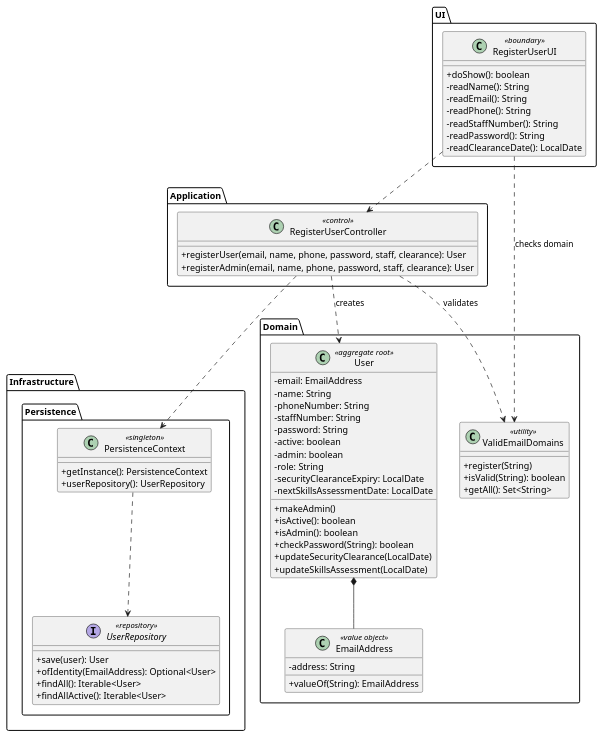
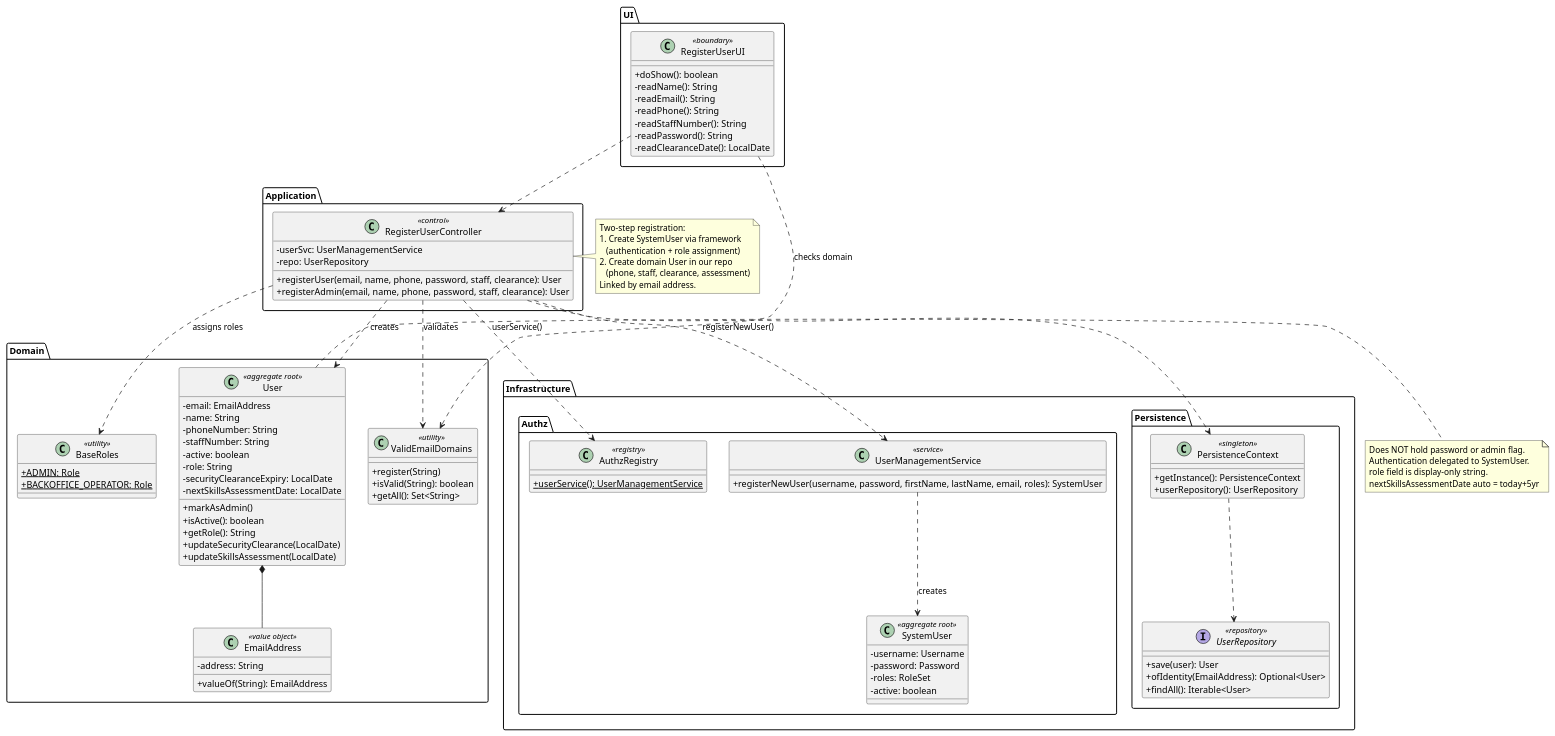
The diagram in docs/Sprint 2/EAPLI/US031/puml/US031-class-diagram.puml (DuartePinto1240/sem4pi2526-sem4pi2526_2da2), drawn with PlantUML before and after one commit. The commit also changed 16 other files, not shown here.

```diff
--- a/docs/Sprint 2/EAPLI/US031/puml/US031-class-diagram.puml
+++ b/docs/Sprint 2/EAPLI/US031/puml/US031-class-diagram.puml
@@ -1,73 +1,110 @@
 @startuml
 skinparam classAttributeIconSize 0
 
 package "UI" {
   class RegisterUserUI <<boundary>> {
     +doShow(): boolean
     -readName(): String
     -readEmail(): String
     -readPhone(): String
     -readStaffNumber(): String
     -readPassword(): String
     -readClearanceDate(): LocalDate
   }
 }
 
 package "Application" {
   class RegisterUserController <<control>> {
+    -userSvc: UserManagementService
+    -repo: UserRepository
     +registerUser(email, name, phone, password, staff, clearance): User
     +registerAdmin(email, name, phone, password, staff, clearance): User
+  }
+}
+
+package "Infrastructure.Authz" {
+  class AuthzRegistry <<registry>> {
+    {static} +userService(): UserManagementService
+  }
+  class UserManagementService <<service>> {
+    +registerNewUser(username, password, firstName, lastName, email, roles): SystemUser
+  }
+  class SystemUser <<aggregate root>> {
+    -username: Username
+    -password: Password
+    -roles: RoleSet
+    -active: boolean
   }
 }
 
 package "Domain" {
   class User <<aggregate root>> {
     -email: EmailAddress
     -name: String
     -phoneNumber: String
     -staffNumber: String
-    -password: String
     -active: boolean
-    -admin: boolean
     -role: String
     -securityClearanceExpiry: LocalDate
     -nextSkillsAssessmentDate: LocalDate
-    +makeAdmin()
+    +markAsAdmin()
     +isActive(): boolean
-    +isAdmin(): boolean
-    +checkPassword(String): boolean
+    +getRole(): String
     +updateSecurityClearance(LocalDate)
     +updateSkillsAssessment(LocalDate)
   }
   class EmailAddress <<value object>> {
     -address: String
     +valueOf(String): EmailAddress
   }
   class ValidEmailDomains <<utility>> {
     +register(String)
     +isValid(String): boolean
     +getAll(): Set<String>
   }
+  class BaseRoles <<utility>> {
+    {static} +ADMIN: Role
+    {static} +BACKOFFICE_OPERATOR: Role
+  }
 }
 
 package "Infrastructure.Persistence" {
   class PersistenceContext <<singleton>> {
     +getInstance(): PersistenceContext
     +userRepository(): UserRepository
   }
   interface UserRepository <<repository>> {
     +save(user): User
     +ofIdentity(EmailAddress): Optional<User>
     +findAll(): Iterable<User>
-    +findAllActive(): Iterable<User>
   }
 }
 
 RegisterUserUI ..> RegisterUserController
 RegisterUserUI ..> ValidEmailDomains : checks domain
+RegisterUserController ..> AuthzRegistry : userService()
+RegisterUserController ..> UserManagementService : registerNewUser()
 RegisterUserController ..> ValidEmailDomains : validates
 RegisterUserController ..> PersistenceContext
 RegisterUserController ..> User : creates
+RegisterUserController ..> BaseRoles : assigns roles
+UserManagementService ..> SystemUser : creates
 PersistenceContext ..> UserRepository
 User *-- EmailAddress
+
+note right of RegisterUserController
+  Two-step registration:
+  1. Create SystemUser via framework
+     (authentication + role assignment)
+  2. Create domain User in our repo
+     (phone, staff, clearance, assessment)
+  Linked by email address.
+end note
+
+note right of User
+  Does NOT hold password or admin flag.
+  Authentication delegated to SystemUser.
+  role field is display-only string.
+  nextSkillsAssessmentDate auto = today+5yr
+end note
 @enduml
```
